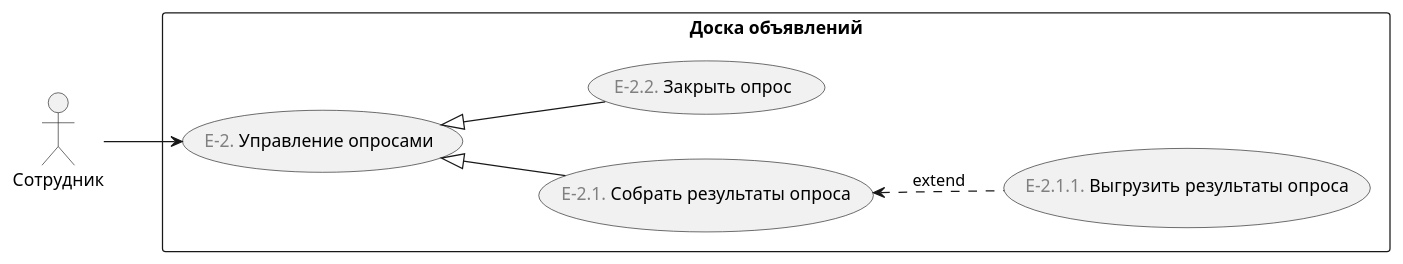
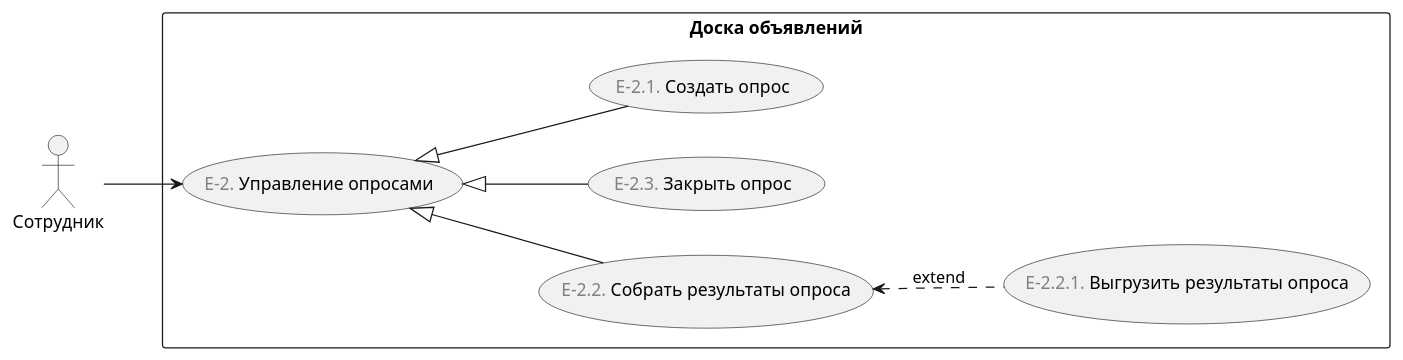
Before and after one commit to astu-app/ASTU-Bulletin-Board-Server: the diagram in doc/диаграммы/варианты-использования/управление-опросами.puml, drawn with PlantUML. The commit also changed 9 other files, not shown here.

```diff
--- a/doc/диаграммы/варианты-использования/управление-опросами.puml
+++ b/doc/диаграммы/варианты-использования/управление-опросами.puml
@@ -1,19 +1,20 @@
 @startuml
 'https://plantuml.com/use-case-diagram
 
 left to right direction
 
 :Сотрудник: as employee
 
 rectangle "Доска объявлений" {
     (<font color="gray">E-2.</font> Управление опросами) as manage_surveys
-    (<font color="gray">E-2.1.</font> Собрать результаты опроса) as collect_survey_results
+    (<font color="gray">E-2.2.</font> Собрать результаты опроса) as collect_survey_results
 
     employee --> manage_surveys    
-    manage_surveys <|-- (<font color="gray">E-2.2.</font> Закрыть опрос) 
+    manage_surveys <|-- (<font color="gray">E-2.3.</font> Закрыть опрос) 
+    manage_surveys <|-- (<font color="gray">E-2.1.</font> Создать опрос)
     manage_surveys <|-- collect_survey_results
     
-    collect_survey_results <.. (<font color="gray">E-2.1.1.</font> Выгрузить результаты опроса) : extend
+    collect_survey_results <.. (<font color="gray">E-2.2.1.</font> Выгрузить результаты опроса) : extend
 }
 
 @enduml
```
